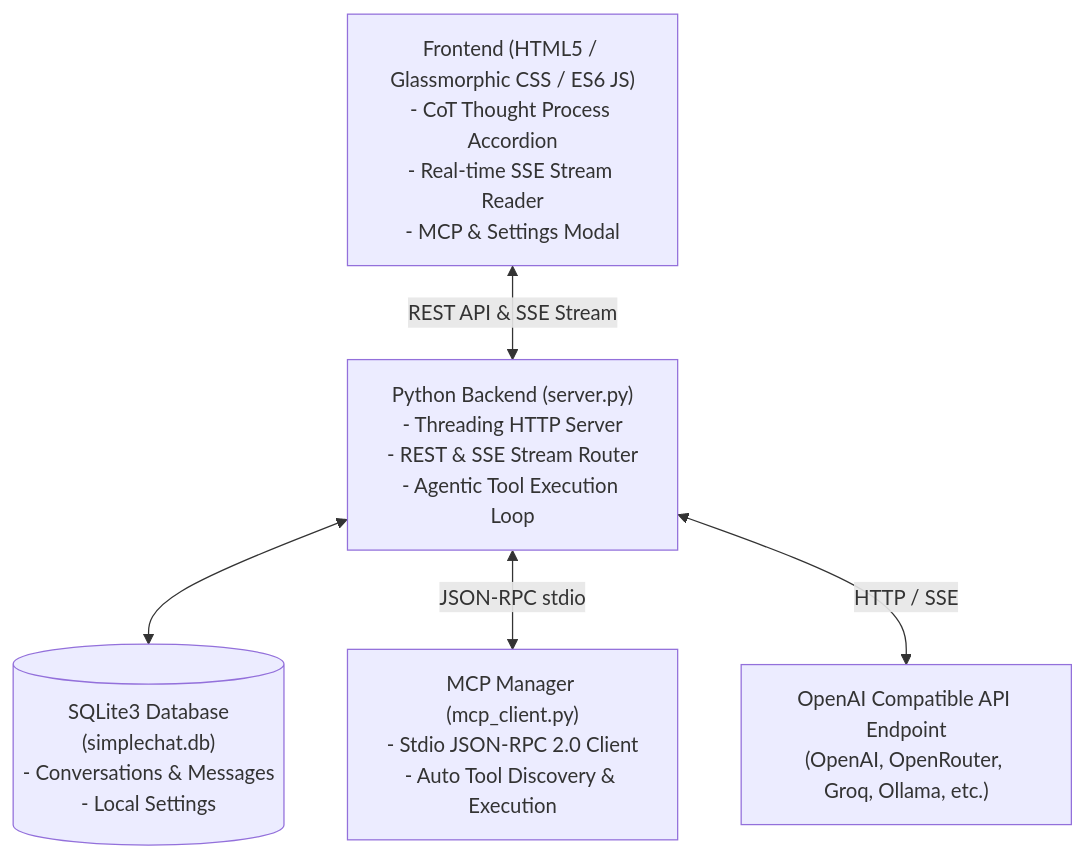
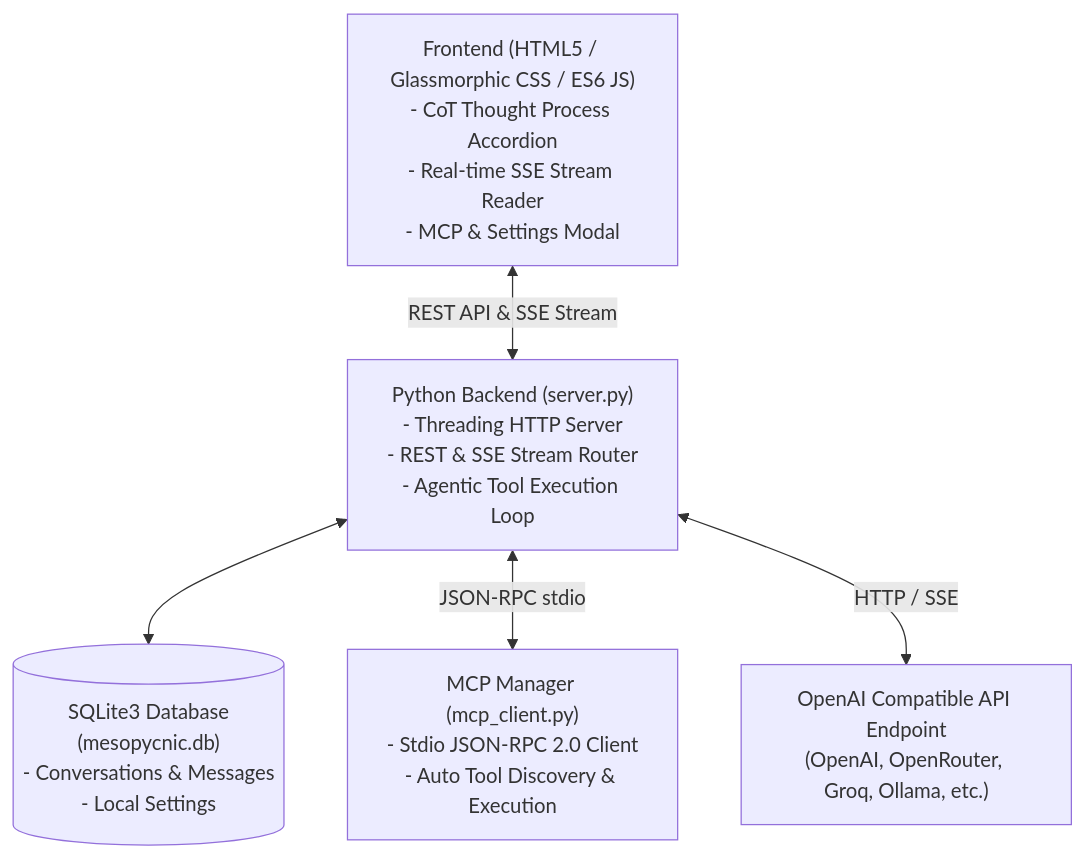
Before and after one commit to AccSwtch50/vibecoded-mesopycnic: the diagram in README.md, drawn with Mermaid. The commit also changed other lines of this file and 10 other files, not shown here.

````diff
--- a/README.md
+++ b/README.md
@@ -22,17 +22,17 @@
 ```mermaid
 flowchart TD
     UI["Frontend (HTML5 / Glassmorphic CSS / ES6 JS)\n- CoT Thought Process Accordion\n- Real-time SSE Stream Reader\n- MCP & Settings Modal"]
     
     API["Python Backend (server.py)\n- Threading HTTP Server\n- REST & SSE Stream Router\n- Agentic Tool Execution Loop"]
     
-    DB[("SQLite3 Database\n(simplechat.db)\n- Conversations & Messages\n- Local Settings")]
+    DB[("SQLite3 Database\n(mesopycnic.db)\n- Conversations & Messages\n- Local Settings")]
     
     MCP["MCP Manager (mcp_client.py)\n- Stdio JSON-RPC 2.0 Client\n- Auto Tool Discovery & Execution"]
     
     OAI["OpenAI Compatible API Endpoint\n(OpenAI, OpenRouter, Groq, Ollama, etc.)"]
 
     UI <-->|REST API & SSE Stream| API
     API <--> DB
     API <-->|JSON-RPC stdio| MCP
     API <-->|HTTP / SSE| OAI
 ```
````
